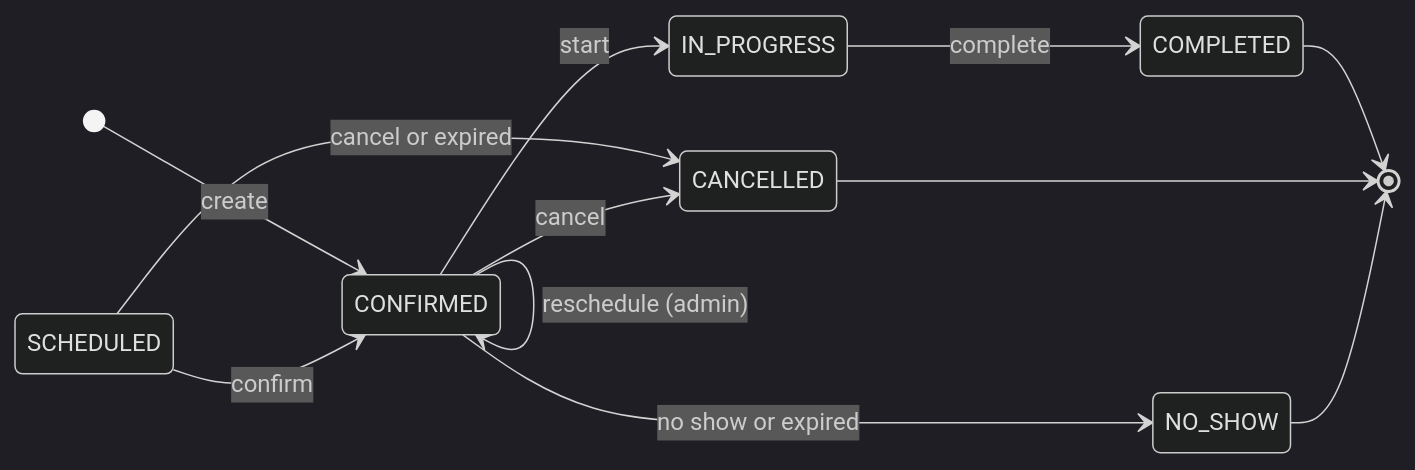
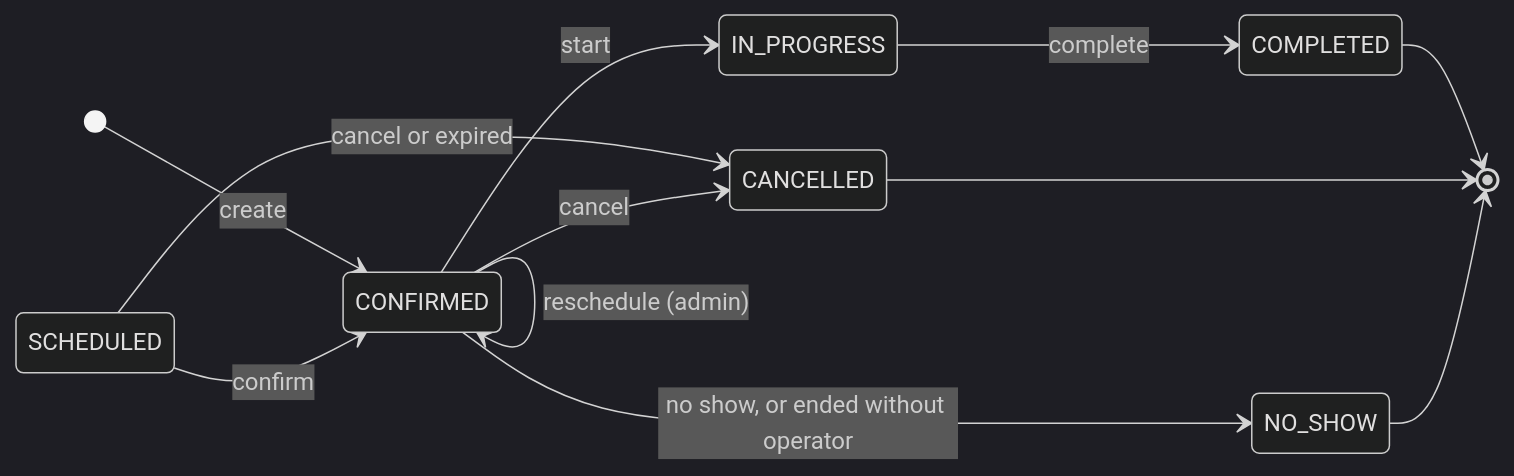
The diagram in 08-uml/diagrams/source/state-booking.md (code-sena/vehicle-w-docs), drawn with Mermaid (dark theme) before and after one commit. The commit also changed other lines of this file and 13 other files, not shown here.

Commit message:
docs(bookings): a booking with an operator that nobody registered goes to the admin's to-close list instead of becoming a no-show

````diff
--- a/08-uml/diagrams/source/state-booking.md
+++ b/08-uml/diagrams/source/state-booking.md
@@ -6,15 +7,15 @@
 ```mermaid
 stateDiagram-v2
     direction LR
     [*] --> CONFIRMED : create
     SCHEDULED --> CONFIRMED : confirm
     SCHEDULED --> CANCELLED : cancel or expired
     CONFIRMED --> CONFIRMED : reschedule (admin)
     CONFIRMED --> IN_PROGRESS : start
     CONFIRMED --> CANCELLED : cancel
-    CONFIRMED --> NO_SHOW : no show or expired
+    CONFIRMED --> NO_SHOW : no show, or ended without operator
     IN_PROGRESS --> COMPLETED : complete
     COMPLETED --> [*]
     CANCELLED --> [*]
     NO_SHOW --> [*]
 ```
````
